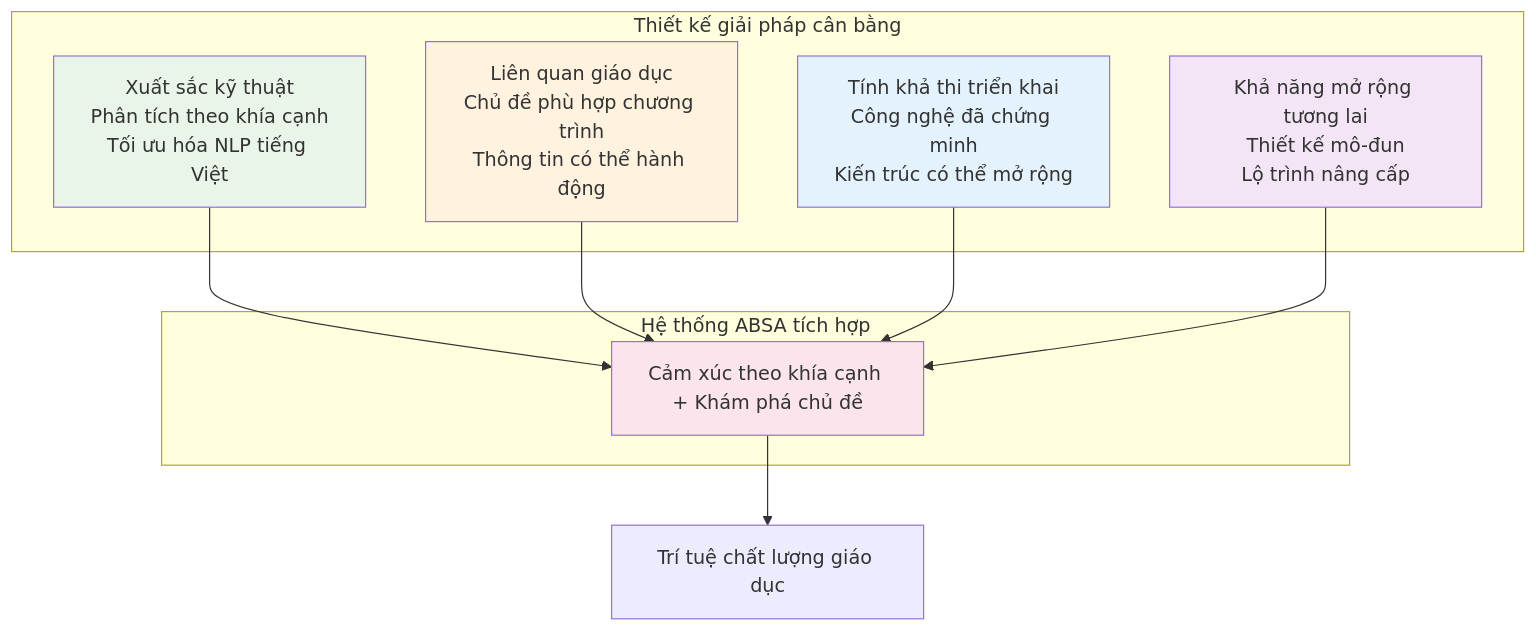
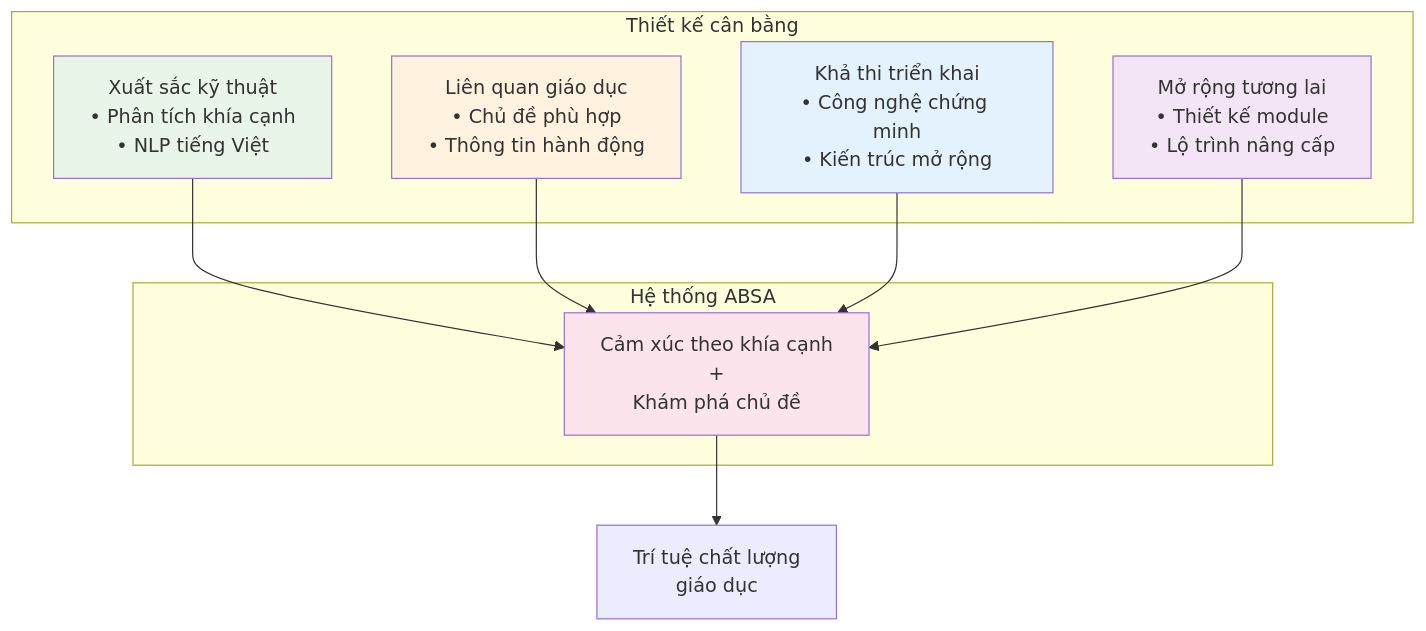
One commit to UIT-June-2025-Nhom-8/Project_AI_Thinking changed the tenth of 10 diagrams in docs/Phan_Tich_Tong_Quat/PhanTichBaiToan_AIThinking_ChuanHoa.MD. Above: the diagram before and after it, drawn with Mermaid. The commit also changed other lines of this file and 1 other file, not shown here.

Commit message:
update chart

````diff
--- a/docs/Phan_Tich_Tong_Quat/PhanTichBaiToan_AIThinking_ChuanHoa.MD
+++ b/docs/Phan_Tich_Tong_Quat/PhanTichBaiToan_AIThinking_ChuanHoa.MD
@@ -415,26 +497,26 @@
 ```mermaid
 graph TB
-    subgraph "Thiết kế giải pháp cân bằng"
-        A["Xuất sắc kỹ thuật<br/>Phân tích theo khía cạnh<br/>Tối ưu hóa NLP tiếng Việt"]
-        B["Liên quan giáo dục<br/>Chủ đề phù hợp chương trình<br/>Thông tin có thể hành động"] 
-        C["Tính khả thi triển khai<br/>Công nghệ đã chứng minh<br/>Kiến trúc có thể mở rộng"]
-        D["Khả năng mở rộng tương lai<br/>Thiết kế mô-đun<br/>Lộ trình nâng cấp"]
+    subgraph "Thiết kế cân bằng"
+        A[Xuất sắc kỹ thuật<br/>• Phân tích khía cạnh<br/>• NLP tiếng Việt]
+        B[Liên quan giáo dục<br/>• Chủ đề phù hợp<br/>• Thông tin hành động] 
+        C[Khả thi triển khai<br/>• Công nghệ chứng minh<br/>• Kiến trúc mở rộng]
+        D[Mở rộng tương lai<br/>• Thiết kế module<br/>• Lộ trình nâng cấp]
     end
     
-    subgraph "Hệ thống ABSA tích hợp"
-        E[Cảm xúc theo khía cạnh + Khám phá chủ đề]
+    subgraph "Hệ thống ABSA"
+        E[Cảm xúc theo khía cạnh<br/>+<br/>Khám phá chủ đề]
     end
     
     A --> E
     B --> E
     C --> E  
     D --> E
     
-    E --> F[Trí tuệ chất lượng giáo dục]
+    E --> F[Trí tuệ chất lượng<br/>giáo dục]
     
     style A fill:#e8f5e8
     style B fill:#fff3e0
     style C fill:#e3f2fd
     style D fill:#f3e5f5
     style E fill:#fce4ec
 ```
````
